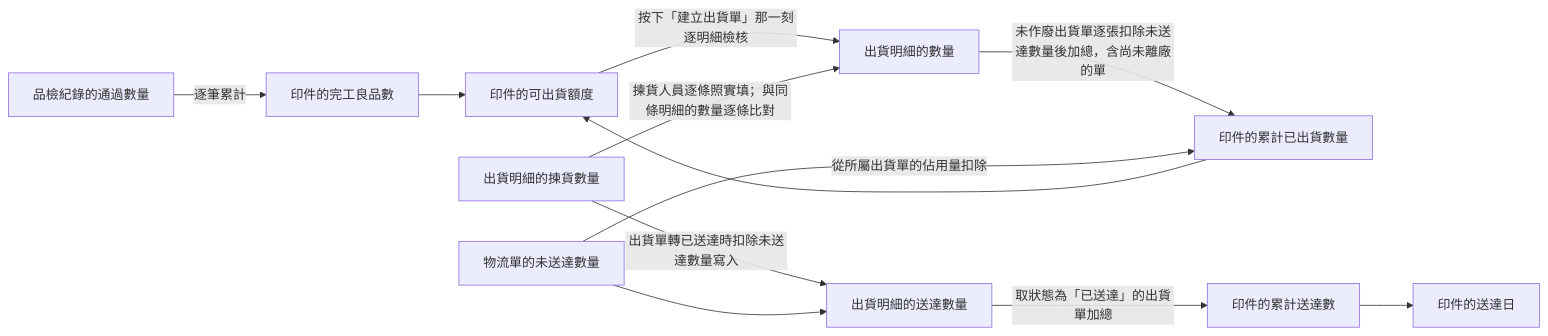
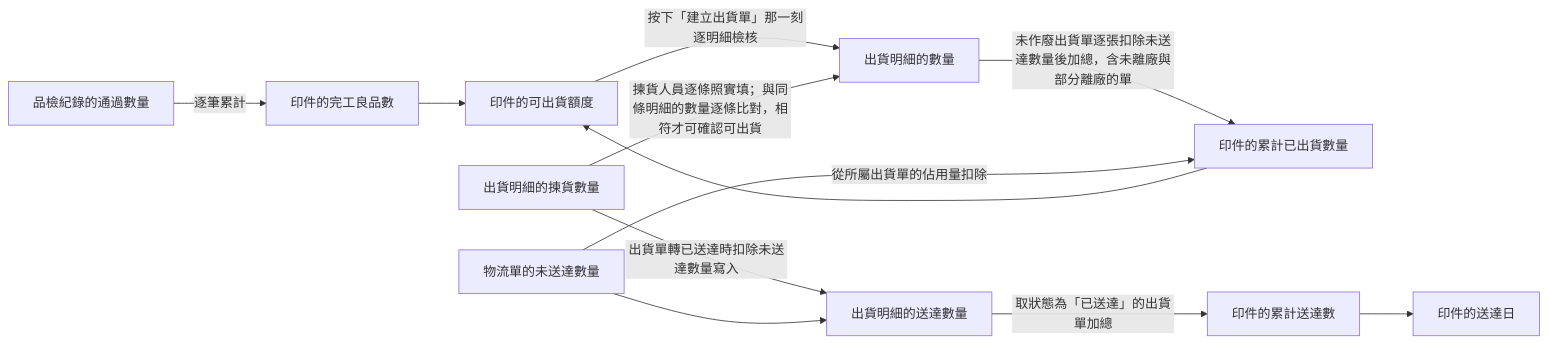
One commit to Kawato-Miles/erp-spec changed the third of 4 diagrams in memory/Sens_wiki/wiki/erp/05-entities/履約與售後資料結構總覽.md. Above: the diagram before and after it, drawn with Mermaid. The commit also changed other lines of this file and 38 other files, not shown here.

````diff
--- a/memory/Sens_wiki/wiki/erp/05-entities/履約與售後資料結構總覽.md
+++ b/memory/Sens_wiki/wiki/erp/05-entities/履約與售後資料結構總覽.md
@@ -109,14 +118,14 @@
 ```mermaid
 flowchart LR
     Q1["品檢紀錄的通過數量"] -->|"逐筆累計"| Q2["印件的完工良品數"]
     Q2 --> Q3["印件的可出貨額度"]
     Q3 -->|"按下「建立出貨單」那一刻逐明細檢核"| Q4["出貨明細的數量"]
-    Q4 -->|"未作廢出貨單逐張扣除未送達數量後加總，含尚未離廠的單"| Q5["印件的累計已出貨數量"]
+    Q4 -->|"未作廢出貨單逐張扣除未送達數量後加總，含未離廠與部分離廠的單"| Q5["印件的累計已出貨數量"]
     Q5 --> Q3
     U["物流單的未送達數量"] -->|"從所屬出貨單的佔用量扣除"| Q5
-    Q8["出貨明細的揀貨數量"] -->|"揀貨人員逐條照實填；與同條明細的數量逐條比對"| Q4
+    Q8["出貨明細的揀貨數量"] -->|"揀貨人員逐條照實填；與同條明細的數量逐條比對，相符才可確認可出貨"| Q4
     Q8 -->|"出貨單轉已送達時扣除未送達數量寫入"| Q10["出貨明細的送達數量"]
     U --> Q10
     Q10 -->|"取狀態為「已送達」的出貨單加總"| Q6["印件的累計送達數"]
     Q6 --> Q7["印件的送達日"]
 ```
````
